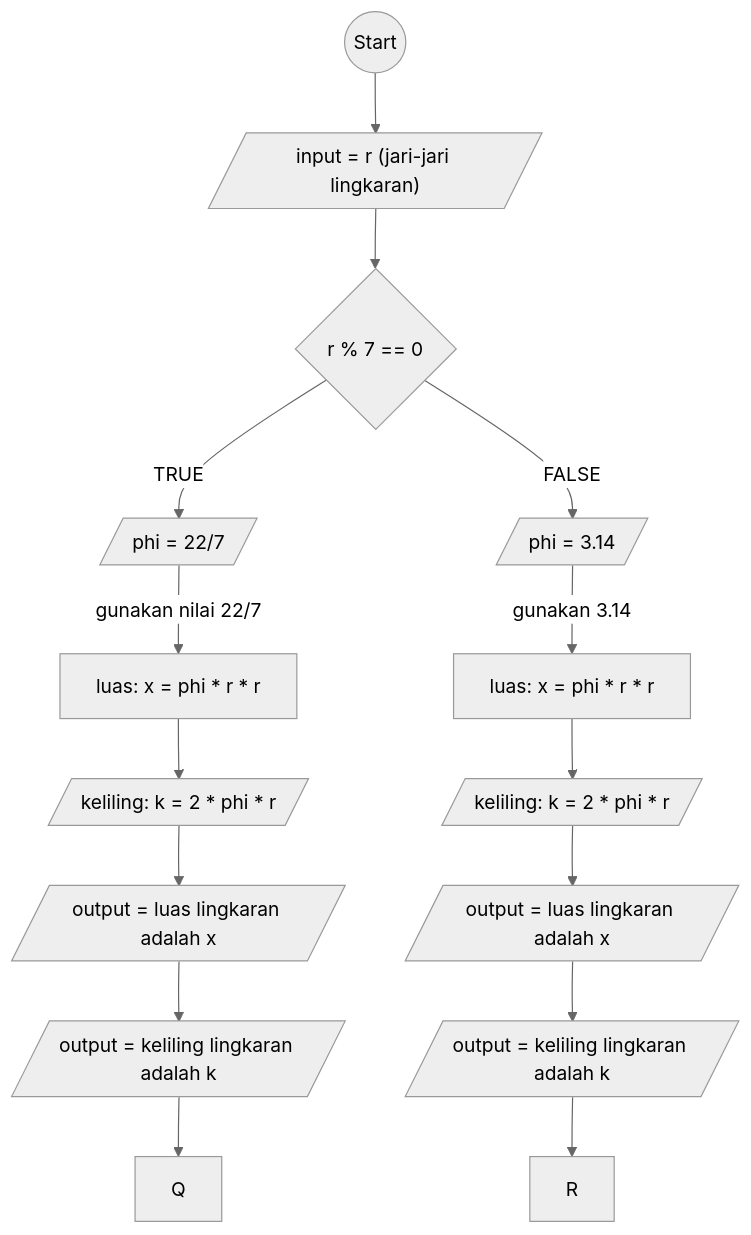
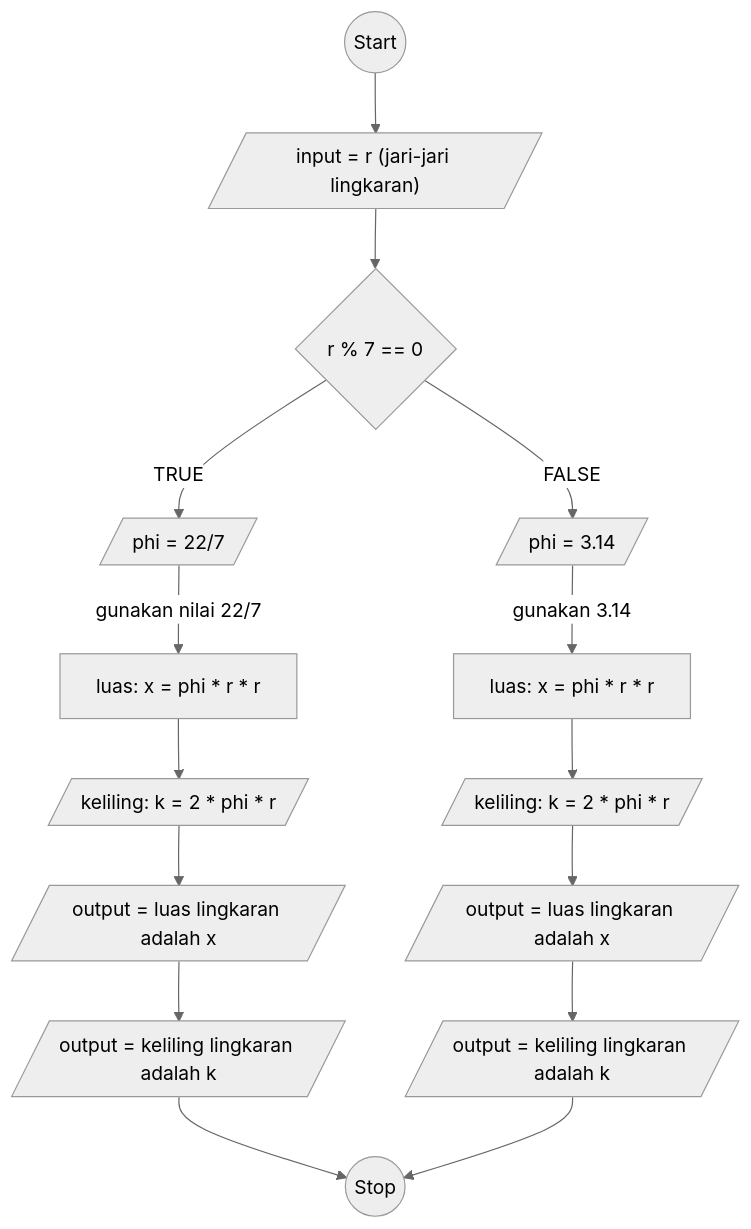
Before and after one commit to makarim22/koda-b6-algoritma: the diagram in flowchart-luas-dan-keliling-lingkaran.md, drawn with Mermaid (neutral theme). The commit also changed other lines of this file, not shown here.

````diff
--- a/flowchart-luas-dan-keliling-lingkaran.md
+++ b/flowchart-luas-dan-keliling-lingkaran.md
@@ -1,31 +1,32 @@
 ```mermaid
 flowchart TD
  A@{ shape: circle, label: "Start" } --> B
 
  B@{ shape: lean-r, label: "input = r (jari-jari lingkaran)"} --> C
 
  C@{ shape: diamond, label: "r % 7 == 0"}
 
  C -- TRUE --> E
 
  C -- FALSE --> F
 
  E@{ shape: lean-r, label: "phi = 22/7"} -->|gunakan nilai 22/7| G 
  F@{ shape: lean-r, label: "phi = 3.14"}--> |gunakan 3.14| H
 
  G@{ shape: rect, label: "luas: x = phi * r * r"} --> A1
  H@{ shape: rect, label: "luas: x = phi * r * r"} --> B1
 
  A1@{ shape: lean-r, label: "keliling: k = 2 * phi * r"} --> L
  B1@{ shape: lean-r, label: "keliling: k = 2 * phi * r"} --> M
 
  L@{ shape: lean-r, label: "output = luas lingkaran adalah x"} --> O
  M@{ shape: lean-r, label: "output = luas lingkaran adalah x"} --> P
 
- O@{ shape: lean-r, label: "output = keliling lingkaran adalah k"} --> Q
- P@{ shape: lean-r, label: "output = keliling lingkaran adalah k"} --> R
+ O@{ shape: lean-r, label: "output = keliling lingkaran adalah k"} --> Z
+ P@{ shape: lean-r, label: "output = keliling lingkaran adalah k"} --> Z
 
+ Z@{ shape: circle, label: "Stop" } 
 
 
 
 ```
````
